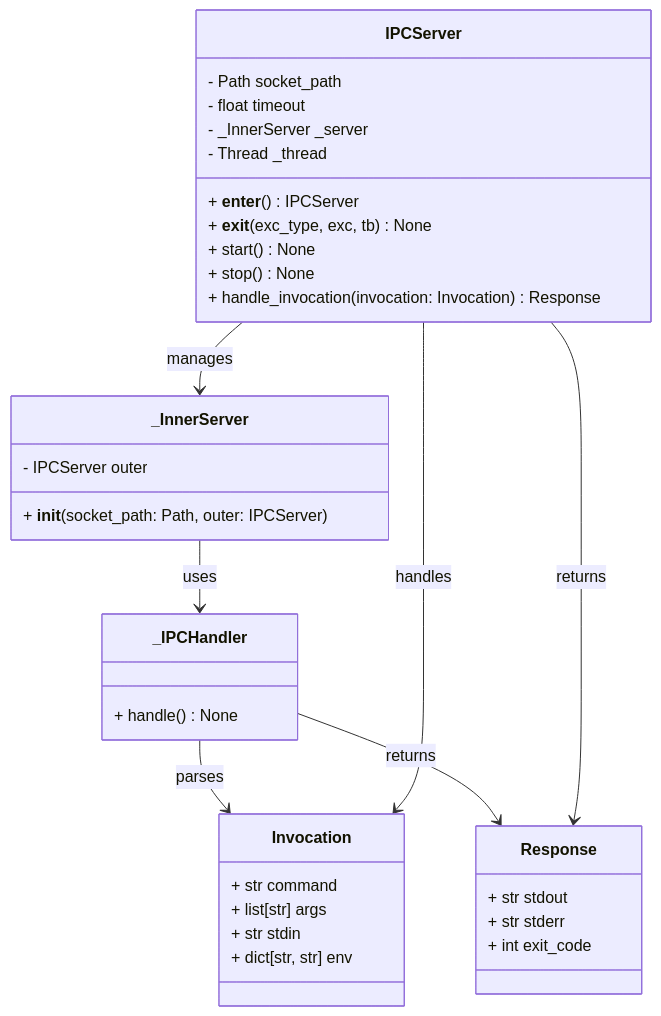
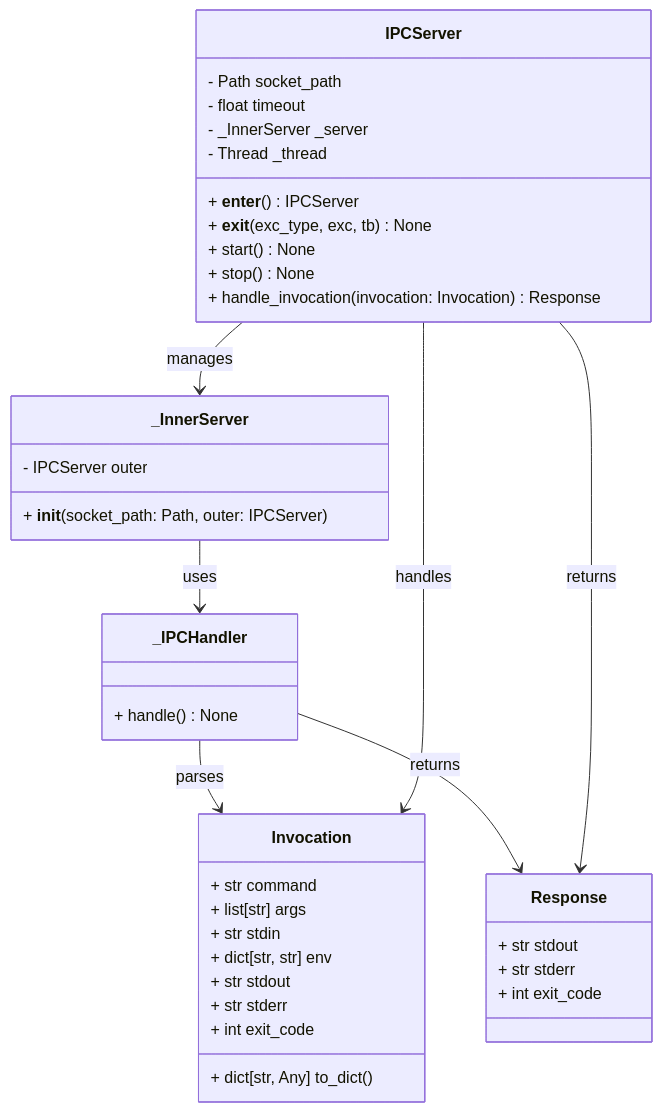
Before and after one commit to leynos/cmd-mox: the second of 7 diagrams in docs/python-native-command-mocking-design.md, drawn with Mermaid. The commit also changed other lines of this file and 9 other files, not shown here.

````diff
--- a/docs/python-native-command-mocking-design.md
+++ b/docs/python-native-command-mocking-design.md
@@ -477,38 +482,42 @@
 ```mermaid
 classDiagram
     class IPCServer {
         - Path socket_path
         - float timeout
         - _InnerServer _server
         - Thread _thread
         + __enter__() IPCServer
         + __exit__(exc_type, exc, tb) None
         + start() None
         + stop() None
         + handle_invocation(invocation: Invocation) Response
     }
     class _InnerServer {
         - IPCServer outer
         + __init__(socket_path: Path, outer: IPCServer)
     }
     class _IPCHandler {
         + handle() None
     }
     class Invocation {
         + str command
         + list[str] args
         + str stdin
         + dict[str, str] env
+        + str stdout
+        + str stderr
+        + int exit_code
+        + dict[str, Any] to_dict()
     }
     class Response {
         + str stdout
         + str stderr
         + int exit_code
     }
     IPCServer --> _InnerServer : manages
     _InnerServer --> _IPCHandler : uses
     _IPCHandler --> Invocation : parses
     _IPCHandler --> Response : returns
     IPCServer --> Invocation : handles
     IPCServer --> Response : returns
 ```
````
